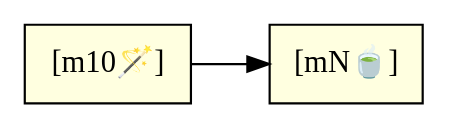
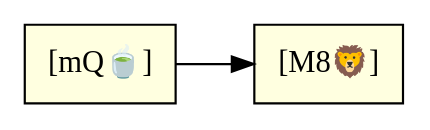
Before and after one commit to infomofo/ts-tarot-cards: the diagram in samples/simplePastPresent-reading.dot, drawn with Graphviz. The commit also changed 10 other files, not shown here.

```diff
--- a/samples/simplePastPresent-reading.dot
+++ b/samples/simplePastPresent-reading.dot
@@ -1,6 +1,6 @@
 
 digraph SimplePastPresent {
   rankdir=LR;
   node [shape=rectangle, style=filled, fillcolor=lightyellow];
-  "[m10🪄]" -> "[mN🍵]";
+  "[mQ🍵]" -> "[M8🦁]";
 }
```
